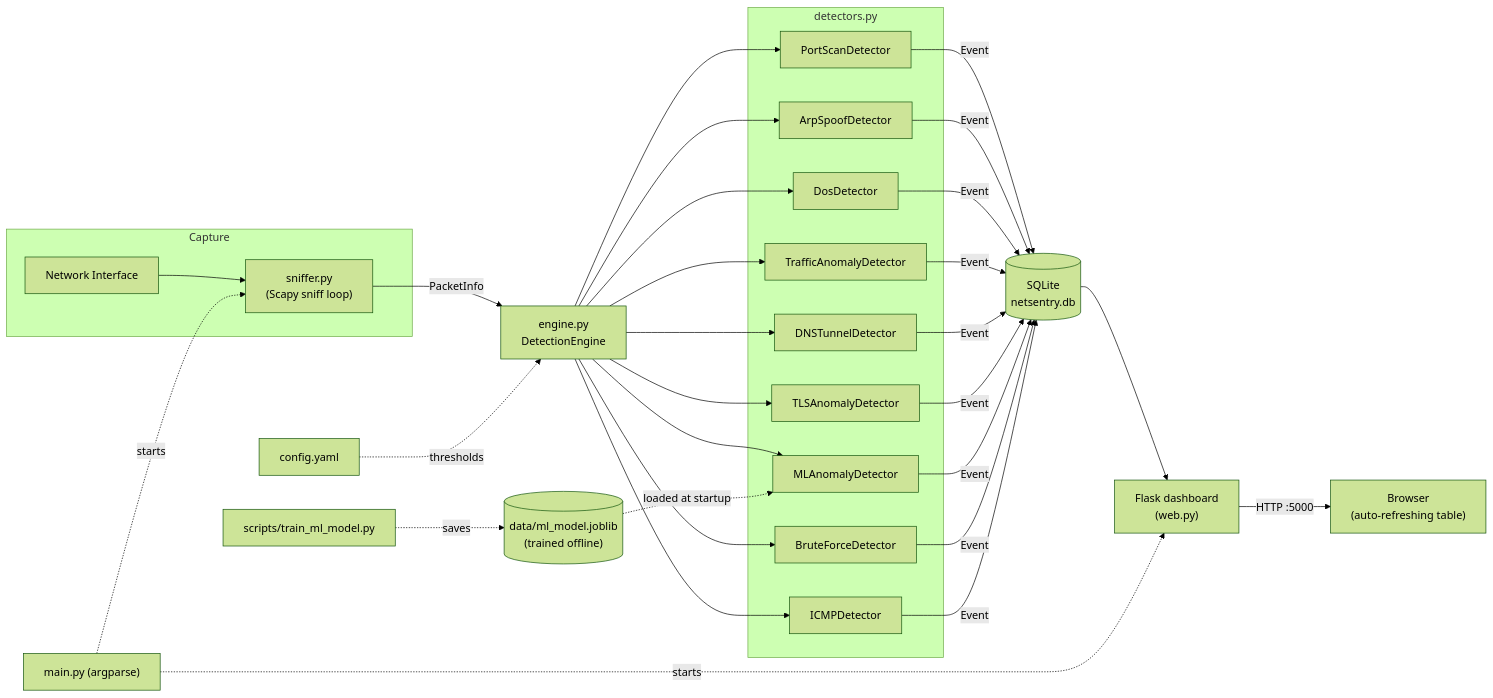
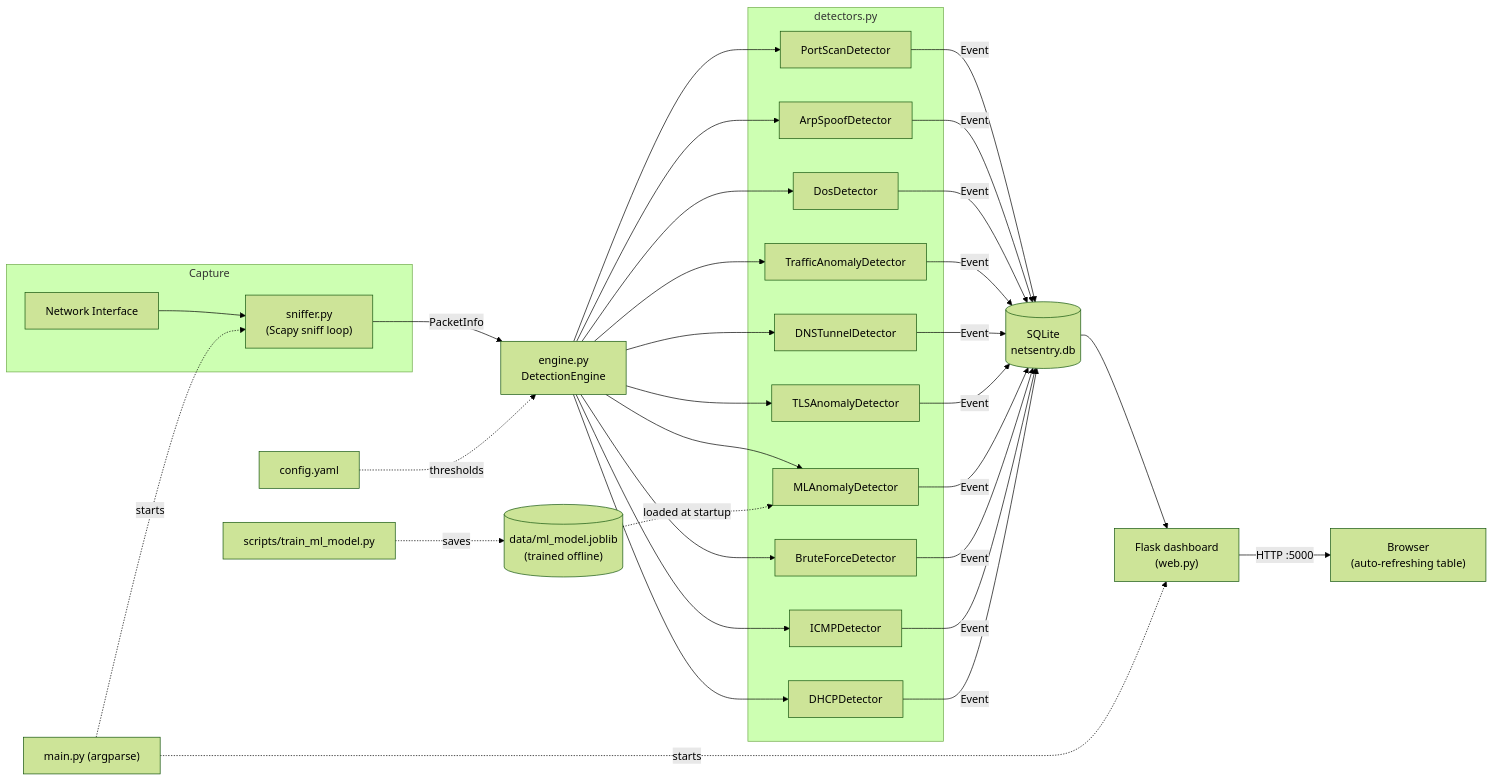
Before and after one commit to Deipedra34/NetSentry: the diagram in README.md, drawn with Mermaid (forest theme). The commit also changed other lines of this file and 12 other files, not shown here.

````diff
--- a/README.md
+++ b/README.md
@@ -47,50 +48,53 @@
 ```mermaid
 flowchart LR
     subgraph Capture
         NIC["Network Interface"] --> Sniffer["sniffer.py\n(Scapy sniff loop)"]
     end
 
     Sniffer -->|"PacketInfo"| Engine["engine.py\nDetectionEngine"]
 
     subgraph Detectors["detectors.py"]
         PS["PortScanDetector"]
         ARP["ArpSpoofDetector"]
         DOS["DosDetector"]
         ANOM["TrafficAnomalyDetector"]
         DNS["DNSTunnelDetector"]
         TLS["TLSAnomalyDetector"]
         ML["MLAnomalyDetector"]
         BF["BruteForceDetector"]
         ICMP["ICMPDetector"]
+        DHCP["DHCPDetector"]
     end
 
     Engine --> PS
     Engine --> ARP
     Engine --> DOS
     Engine --> ANOM
     Engine --> DNS
     Engine --> TLS
     Engine --> ML
     Engine --> BF
     Engine --> ICMP
+    Engine --> DHCP
 
     PS -->|"Event"| DB[("SQLite\nnetsentry.db")]
     ARP -->|"Event"| DB
     DOS -->|"Event"| DB
     ANOM -->|"Event"| DB
     DNS -->|"Event"| DB
     TLS -->|"Event"| DB
     ML -->|"Event"| DB
     BF -->|"Event"| DB
     ICMP -->|"Event"| DB
+    DHCP -->|"Event"| DB
 
     Model[("data/ml_model.joblib\n(trained offline)")] -.loaded at startup.-> ML
     Train["scripts/train_ml_model.py"] -.saves.-> Model
 
     DB --> Web["Flask dashboard\n(web.py)"]
     Web -->|"HTTP :5000"| Browser["Browser\n(auto-refreshing table)"]
 
     Config["config.yaml"] -.thresholds.-> Engine
     CLI["main.py (argparse)"] -.starts.-> Sniffer
     CLI -.starts.-> Web
 ```
````
